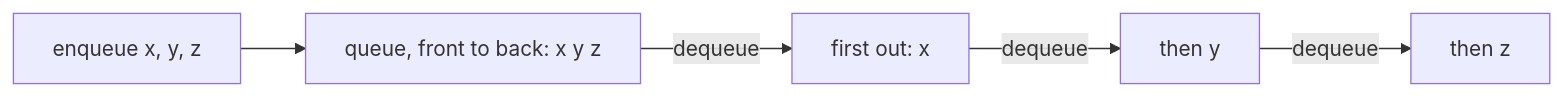
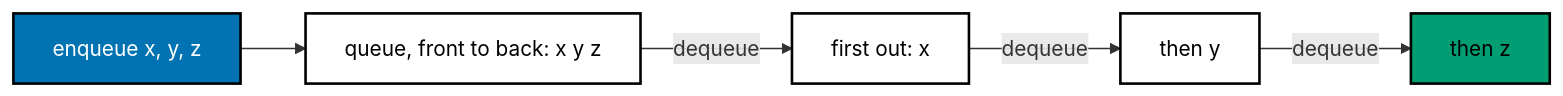
Before and after one commit to wahidyankf/grind-in-public: the first of 2 diagrams in drill/system-design-algos/in-python/algo_03_queue_and_append_only_log.md, drawn with Mermaid. The commit also changed other lines of this file and 22 other files, not shown here.

First line of the commit message:
docs: use accessible palette in mermaid diagrams

````diff
--- a/drill/system-design-algos/in-python/algo_03_queue_and_append_only_log.md
+++ b/drill/system-design-algos/in-python/algo_03_queue_and_append_only_log.md
@@ -37,11 +37,17 @@
 ```mermaid
 flowchart LR
   accTitle: Work queue, first in first out
   accDescr {
     Items join at the back and leave from the front. Dequeue returns x first, then y, then z.
   }
   E["enqueue x, y, z"] --> Q["queue, front to back: x y z"]
   Q -->|"dequeue"| O1["first out: x"]
   O1 -->|"dequeue"| O2["then y"]
   O2 -->|"dequeue"| O3["then z"]
+  classDef default fill:#FFFFFF,stroke:#000000,color:#000000,stroke-width:2px
+  classDef blue fill:#0173B2,stroke:#000000,color:#FFFFFF,stroke-width:2px
+  classDef orange fill:#DE8F05,stroke:#000000,color:#000000,stroke-width:2px
+  classDef teal fill:#029E73,stroke:#000000,color:#000000,stroke-width:2px
+  class E blue
+  class O3 teal
 ```
````
